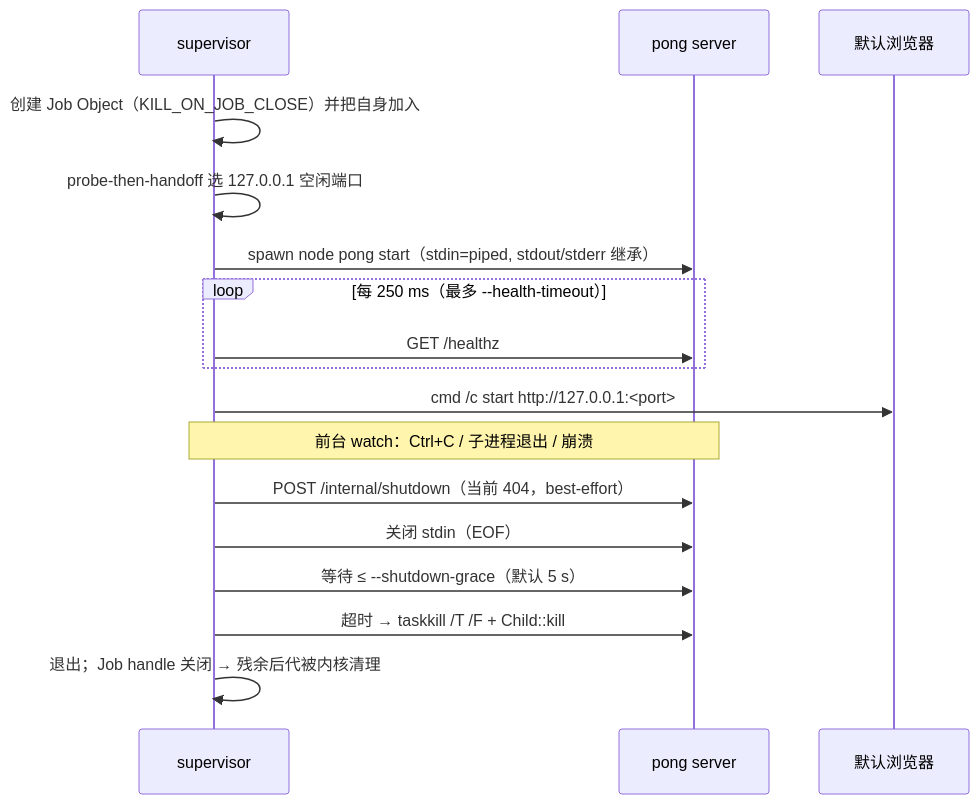
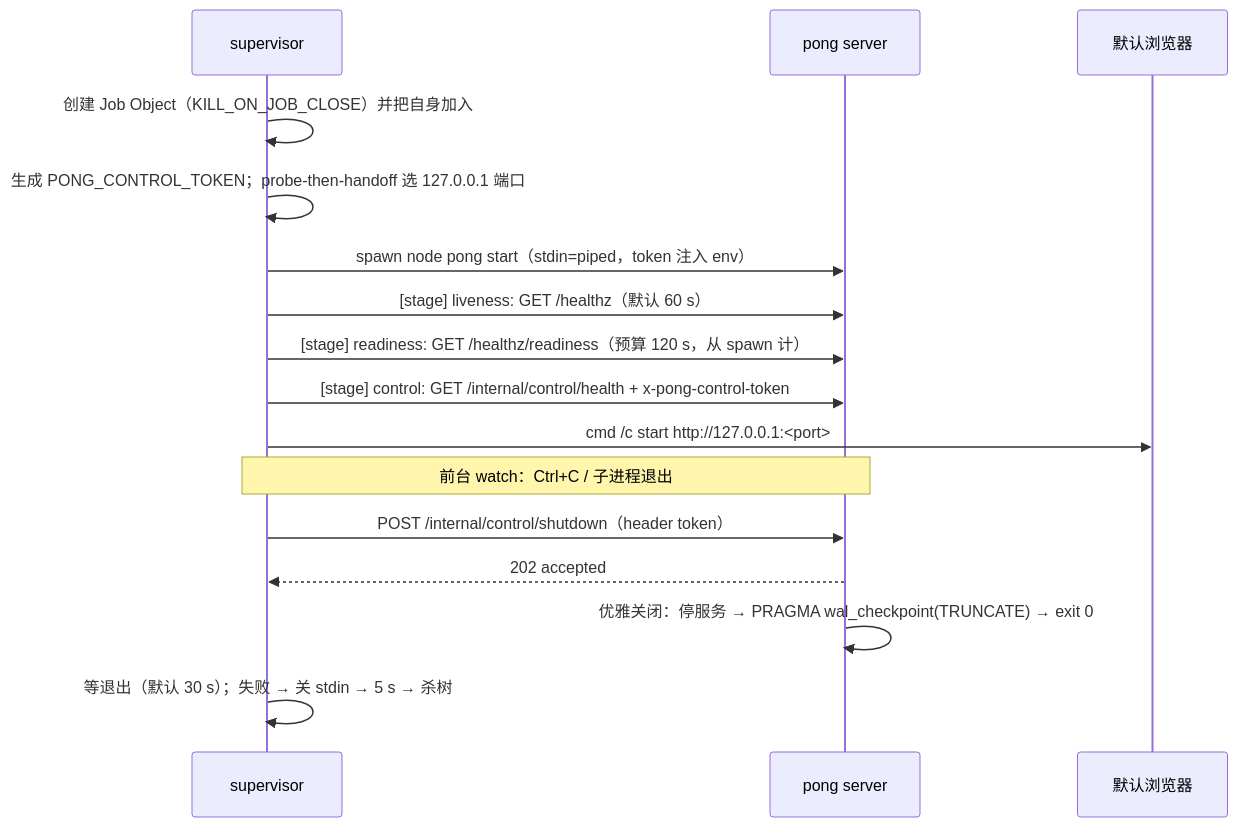
The diagram in packages/desktop-shell/README.md (NJHTR/seekwd-studio-pong-studio-pong-harness), drawn with Mermaid before and after one commit. The commit also changed other lines of this file and 10 other files, not shown here.

First line of the commit message:
feat: wait for readiness and shut down through the control endpoint

````diff
--- a/packages/desktop-shell/README.md
+++ b/packages/desktop-shell/README.md
@@ -65,19 +79,18 @@
 ```mermaid
 sequenceDiagram
   participant S as supervisor
   participant P as pong server
   participant B as 默认浏览器
   S->>S: 创建 Job Object（KILL_ON_JOB_CLOSE）并把自身加入
-  S->>S: probe-then-handoff 选 127.0.0.1 空闲端口
-  S->>P: spawn node pong start（stdin=piped, stdout/stderr 继承）
-  loop 每 250 ms（最多 --health-timeout）
-    S->>P: GET /healthz
-  end
+  S->>S: 生成 PONG_CONTROL_TOKEN；probe-then-handoff 选 127.0.0.1 端口
+  S->>P: spawn node pong start（stdin=piped，token 注入 env）
+  S->>P: [stage] liveness: GET /healthz（默认 60 s）
+  S->>P: [stage] readiness: GET /healthz/readiness（预算 120 s，从 spawn 计）
+  S->>P: [stage] control: GET /internal/control/health + x-pong-control-token
   S->>B: cmd /c start http://127.0.0.1:<port>
-  Note over S,P: 前台 watch：Ctrl+C / 子进程退出 / 崩溃
-  S->>P: POST /internal/shutdown（当前 404，best-effort）
-  S->>P: 关闭 stdin（EOF）
-  S->>P: 等待 ≤ --shutdown-grace（默认 5 s）
-  S->>P: 超时 → taskkill /T /F + Child::kill
-  S->>S: 退出；Job handle 关闭 → 残余后代被内核清理
+  Note over S,P: 前台 watch：Ctrl+C / 子进程退出
+  S->>P: POST /internal/control/shutdown（header token）
+  P-->>S: 202 accepted
+  P->>P: 优雅关闭：停服务 → PRAGMA wal_checkpoint(TRUNCATE) → exit 0
+  S->>S: 等退出（默认 30 s）；失败 → 关 stdin → 5 s → 杀树
 ```
````
